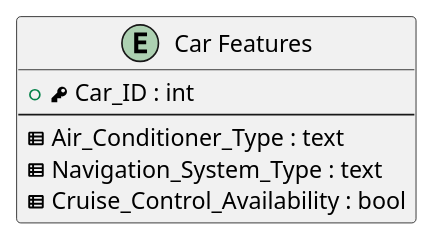
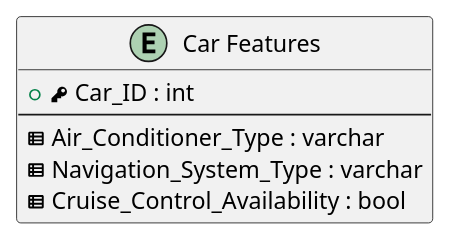
Before and after one commit to DmitryVasilkovW/ITMO-Database-design-labs-4-sem: the diagram in Labs/Lab1/Tables/Entities/CarFeatures.puml, drawn with PlantUML. The commit also changed 7 other files, not shown here.

```diff
--- a/Labs/Lab1/Tables/Entities/CarFeatures.puml
+++ b/Labs/Lab1/Tables/Entities/CarFeatures.puml
@@ -1,10 +1,10 @@
 @startuml
 entity "Car Features" as carFeatures
 {
   +<&key> Car_ID : int
   --
-  <&spreadsheet> Air_Conditioner_Type : text
-  <&spreadsheet> Navigation_System_Type : text
+  <&spreadsheet> Air_Conditioner_Type : varchar
+  <&spreadsheet> Navigation_System_Type : varchar
   <&spreadsheet> Cruise_Control_Availability : bool
 }
 @enduml
```
